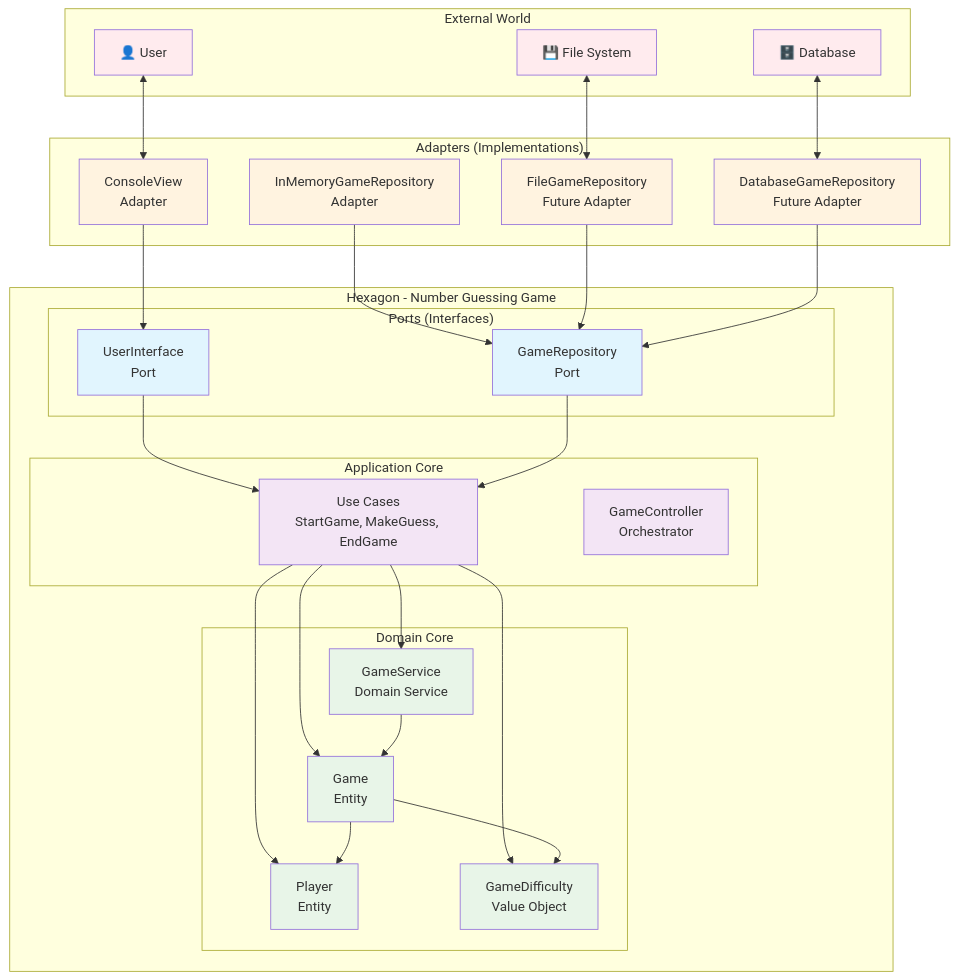
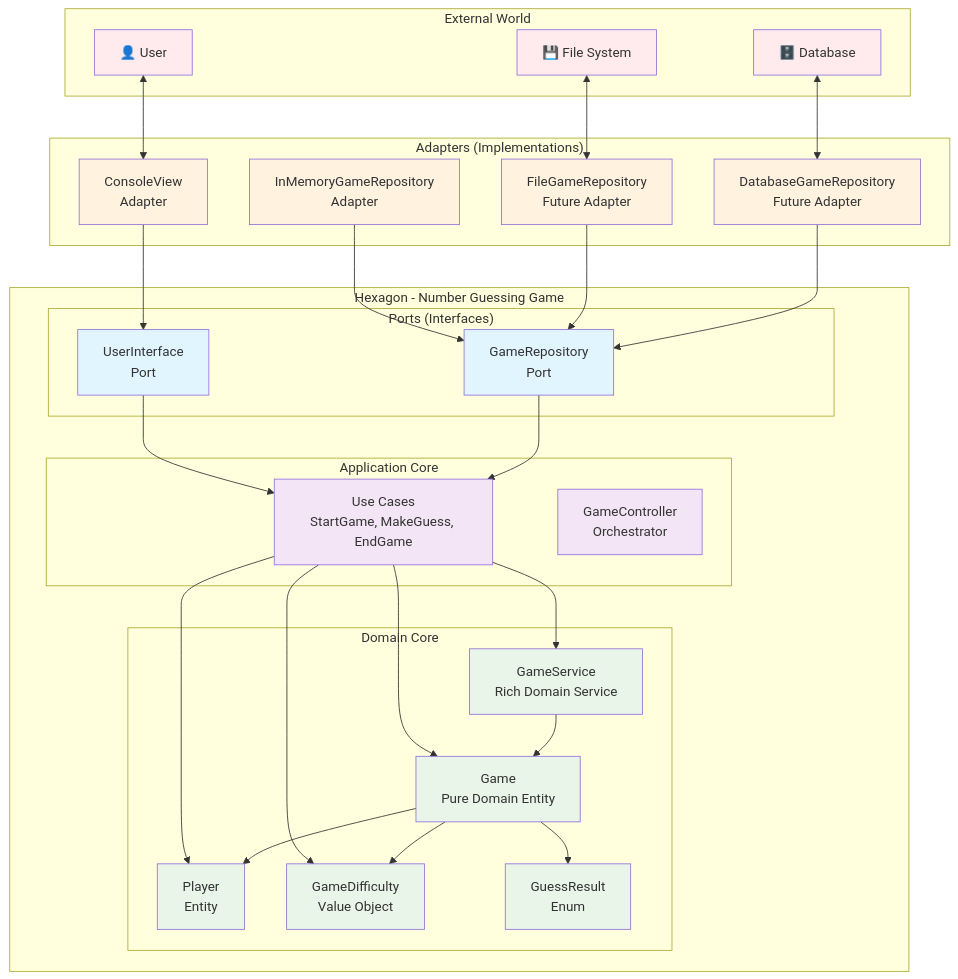
The third of 3 diagrams in number-guessing-game/UML Diagrams/ComponentDiagram.md (Shockp/Backend-Projects), drawn with Mermaid before and after one commit. The commit also changed other lines of this file and 8 other files, not shown here.

````diff
--- a/number-guessing-game/UML Diagrams/ComponentDiagram.md
+++ b/number-guessing-game/UML Diagrams/ComponentDiagram.md
@@ -182,73 +187,75 @@
 ```mermaid
 graph TB
     subgraph "External World"
         User[👤 User]
         FileSystem[💾 File System]
         Database[🗄️ Database]
     end
 
     subgraph "Hexagon - Number Guessing Game"
         subgraph "Ports (Interfaces)"
             GameRepositoryPort[GameRepository<br/>Port]
             UserInterfacePort[UserInterface<br/>Port]
         end
 
         subgraph "Application Core"
             UseCases[Use Cases<br/>StartGame, MakeGuess, EndGame]
             GameController[GameController<br/>Orchestrator]
         end
 
         subgraph "Domain Core"
-            Game[Game<br/>Entity]
+            Game[Game<br/>Pure Domain Entity]
             Player[Player<br/>Entity]
-            GameService[GameService<br/>Domain Service]
+            GameService[GameService<br/>Rich Domain Service]
             GameDifficulty[GameDifficulty<br/>Value Object]
+            GuessResult[GuessResult<br/>Enum]
         end
     end
 
     subgraph "Adapters (Implementations)"
         ConsoleViewAdapter[ConsoleView<br/>Adapter]
         InMemoryRepositoryAdapter[InMemoryGameRepository<br/>Adapter]
         FileRepositoryAdapter[FileGameRepository<br/>Future Adapter]
         DatabaseRepositoryAdapter[DatabaseGameRepository<br/>Future Adapter]
     end
 
     %% External to Adapters
     User <--> ConsoleViewAdapter
     FileSystem <--> FileRepositoryAdapter
     Database <--> DatabaseRepositoryAdapter
 
     %% Adapters to Ports
     ConsoleViewAdapter --> UserInterfacePort
     InMemoryRepositoryAdapter --> GameRepositoryPort
     FileRepositoryAdapter --> GameRepositoryPort
     DatabaseRepositoryAdapter --> GameRepositoryPort
 
     %% Ports to Application
     UserInterfacePort --> UseCases
     GameRepositoryPort --> UseCases
 
     %% Application to Domain
     UseCases --> GameService
     UseCases --> Game
     UseCases --> Player
     UseCases --> GameDifficulty
 
     %% Domain internal
     GameService --> Game
     Game --> Player
     Game --> GameDifficulty
+    Game --> GuessResult
 
     %% Styling
     classDef external fill:#ffebee
     classDef port fill:#e1f5fe
     classDef application fill:#f3e5f5
     classDef domain fill:#e8f5e8
     classDef adapter fill:#fff3e0
 
     class User,FileSystem,Database external
     class GameRepositoryPort,UserInterfacePort port
     class UseCases,GameController application
-    class Game,Player,GameService,GameDifficulty domain
+    class Game,Player,GameService,GameDifficulty,GuessResult domain
     class ConsoleViewAdapter,InMemoryRepositoryAdapter,FileRepositoryAdapter,DatabaseRepositoryAdapter adapter
 ```
````
